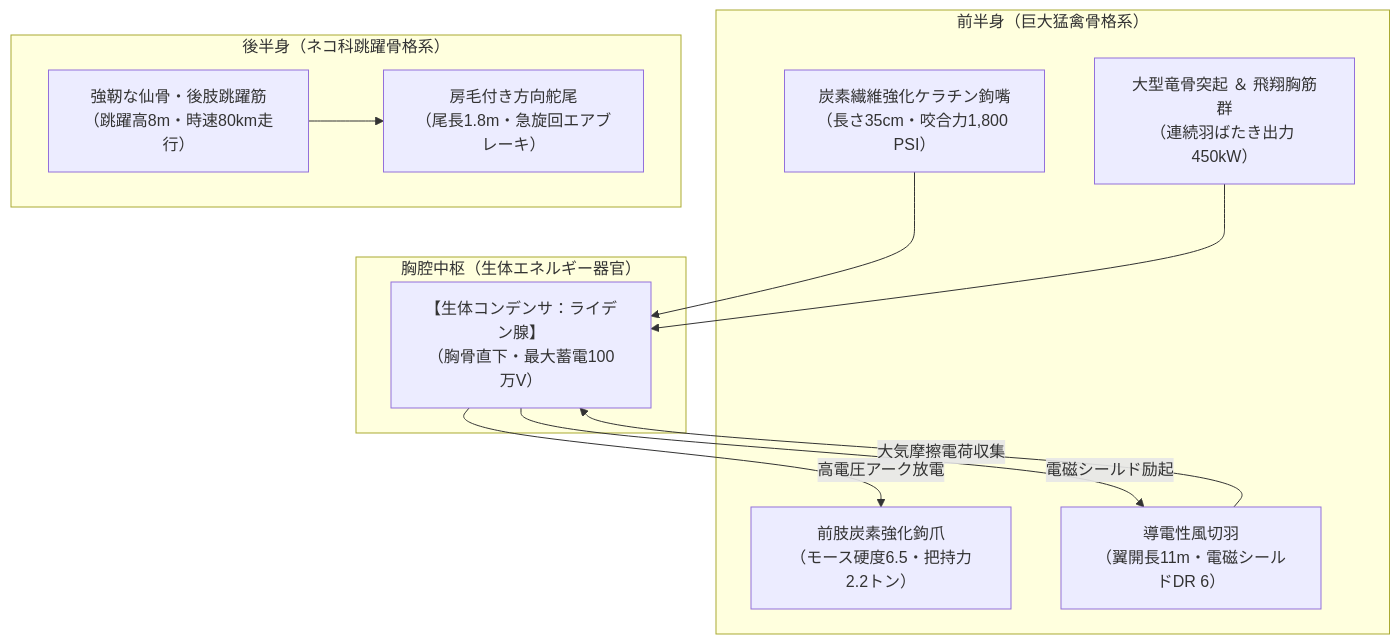
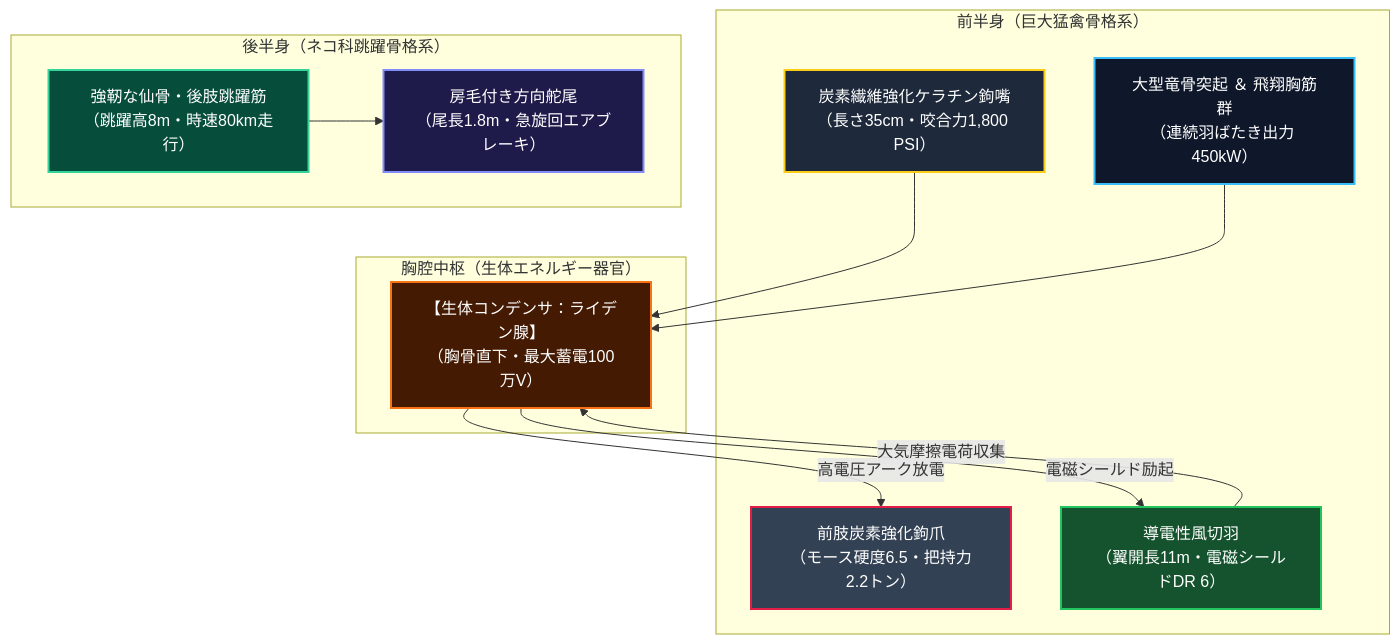
The first of 3 diagrams in creatures/002_thunder_gryphon.md (takenoriohno-cloud/world-building), drawn with Mermaid before and after one commit. The commit also changed other lines of this file and 10 other files, not shown here.

````diff
--- a/creatures/002_thunder_gryphon.md
+++ b/creatures/002_thunder_gryphon.md
@@ -68,23 +68,31 @@
 ```mermaid
 flowchart TD
     subgraph "前半身（巨大猛禽骨格系）"
         A["炭素繊維強化ケラチン鉤嘴<br>（長さ35cm・咬合力1,800 PSI）"]
         B["大型竜骨突起 ＆ 飛翔胸筋群<br>（連続羽ばたき出力 450kW）"]
         C["前肢炭素強化鉤爪<br>（モース硬度6.5・把持力2.2トン）"]
         D["導電性風切羽<br>（翼開長11m・電磁シールドDR 6）"]
     end
     subgraph "胸腔中枢（生体エネルギー器官）"
         E["【生体コンデンサ：ライデン腺】<br>（胸骨直下・最大蓄電100万V）"]
     end
     subgraph "後半身（ネコ科跳躍骨格系）"
         F["強靭な仙骨・後肢跳躍筋<br>（跳躍高8m・時速80km走行）"]
         G["房毛付き方向舵尾<br>（尾長1.8m・急旋回エアブレーキ）"]
     end
 
     A --> E
     B --> E
     D -->|"大気摩擦電荷収集"| E
     E -->|"高電圧アーク放電"| C
     E -->|"電磁シールド励起"| D
     F --> G
+
+    style A fill:#1e293b,stroke:#facc15,stroke-width:2px,color:#ffffff;
+    style B fill:#0f172a,stroke:#38bdf8,stroke-width:2px,color:#ffffff;
+    style C fill:#334155,stroke:#e11d48,stroke-width:2px,color:#ffffff;
+    style D fill:#14532d,stroke:#22c55e,stroke-width:2px,color:#ffffff;
+    style E fill:#451a03,stroke:#f97316,stroke-width:2px,color:#ffffff;
+    style F fill:#064e3b,stroke:#34d399,stroke-width:2px,color:#ffffff;
+    style G fill:#1e1b4b,stroke:#818cf8,stroke-width:2px,color:#ffffff;
 ```
````
